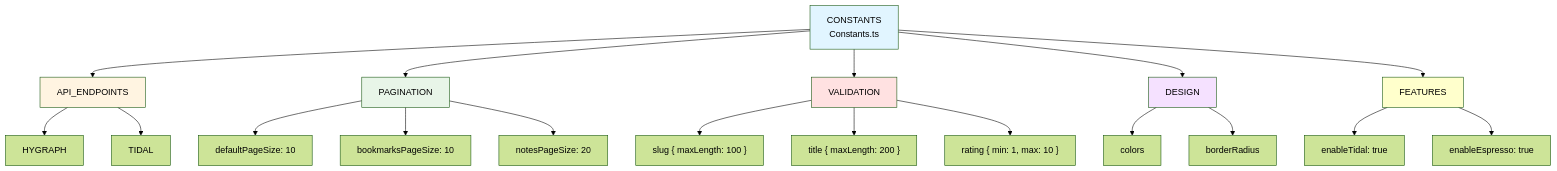
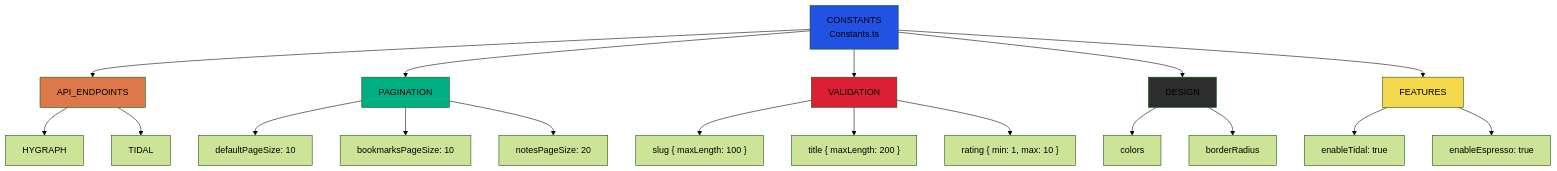
The seventh of 9 diagrams in ARCHITECTURE_DIAGRAMS.md (ikbenbas/mijnnaamisbas), drawn with Mermaid (forest theme) before and after one commit. The commit also changed other lines of this file, not shown here.

````diff
--- a/ARCHITECTURE_DIAGRAMS.md
+++ b/ARCHITECTURE_DIAGRAMS.md
@@ -258,33 +258,33 @@
 ```mermaid
 graph TD
     Root[CONSTANTS<br/>Constants.ts]
 
     Root --> API[API_ENDPOINTS]
     API --> Hygraph[HYGRAPH]
     API --> Tidal[TIDAL]
 
     Root --> Pagination[PAGINATION]
     Pagination --> Default[defaultPageSize: 10]
     Pagination --> Bookmarks[bookmarksPageSize: 10]
     Pagination --> Notes[notesPageSize: 20]
 
     Root --> Validation[VALIDATION]
     Validation --> Slug["slug { maxLength: 100 }"]
     Validation --> Title["title { maxLength: 200 }"]
     Validation --> Rating["rating { min: 1, max: 10 }"]
 
     Root --> Design[DESIGN]
     Design --> Colors[colors]
     Design --> Border[borderRadius]
 
     Root --> Features[FEATURES]
     Features --> FTidal[enableTidal: true]
     Features --> FEspresso[enableEspresso: true]
 
-    style Root fill:#e1f5ff
-    style API fill:#fff4e1
-    style Pagination fill:#e8f5e8
-    style Validation fill:#ffe1e1
-    style Design fill:#f5e1ff
-    style Features fill:#ffffcc
+    style Root fill:#2252e4
+    style API fill:#dd784b
+    style Pagination fill:#00af81
+    style Validation fill:#db1f35
+    style Design fill:#2d2d2d
+    style Features fill:#f4d74b
 ```
````
